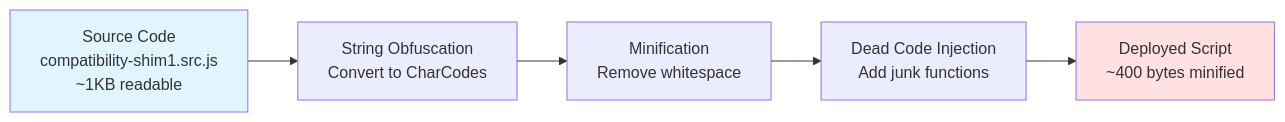
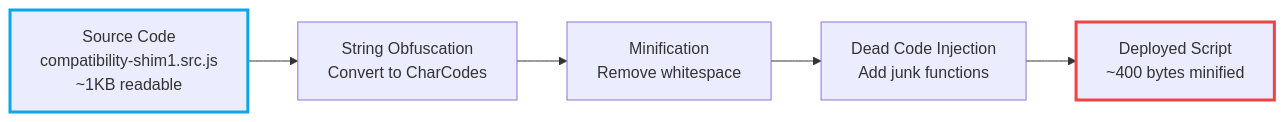
Before and after one commit to Shaddix/mostlylucidweb: the first of 3 diagrams in Mostlylucid/Markdown/securechatdemo.md, drawn with Mermaid. The commit also changed 11 other files, not shown here.

First line of the commit message:
update: replace background fills with stroke styling in Mermaid diagrams

````diff
--- a/Mostlylucid/Markdown/securechatdemo.md
+++ b/Mostlylucid/Markdown/securechatdemo.md
@@ -238,10 +238,10 @@
 ```mermaid
 flowchart LR
     A[Source Code<br/>compatibility-shim1.src.js<br/>~1KB readable] --> B[String Obfuscation<br/>Convert to CharCodes]
     B --> C[Minification<br/>Remove whitespace]
     C --> D[Dead Code Injection<br/>Add junk functions]
     D --> E[Deployed Script<br/>~400 bytes minified]
 
-    style A fill:#e1f5ff
-    style E fill:#ffe1e1
+    style A stroke:#0ea5e9,stroke-width:3px
+    style E stroke:#ef4444,stroke-width:3px
 ```
````
